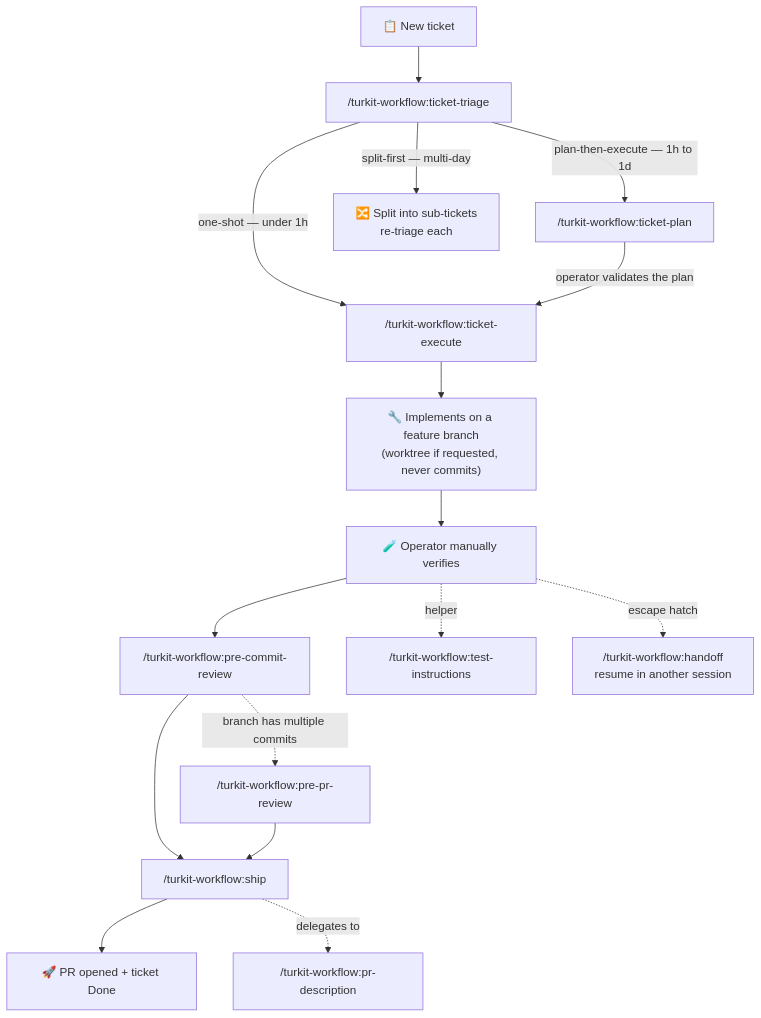
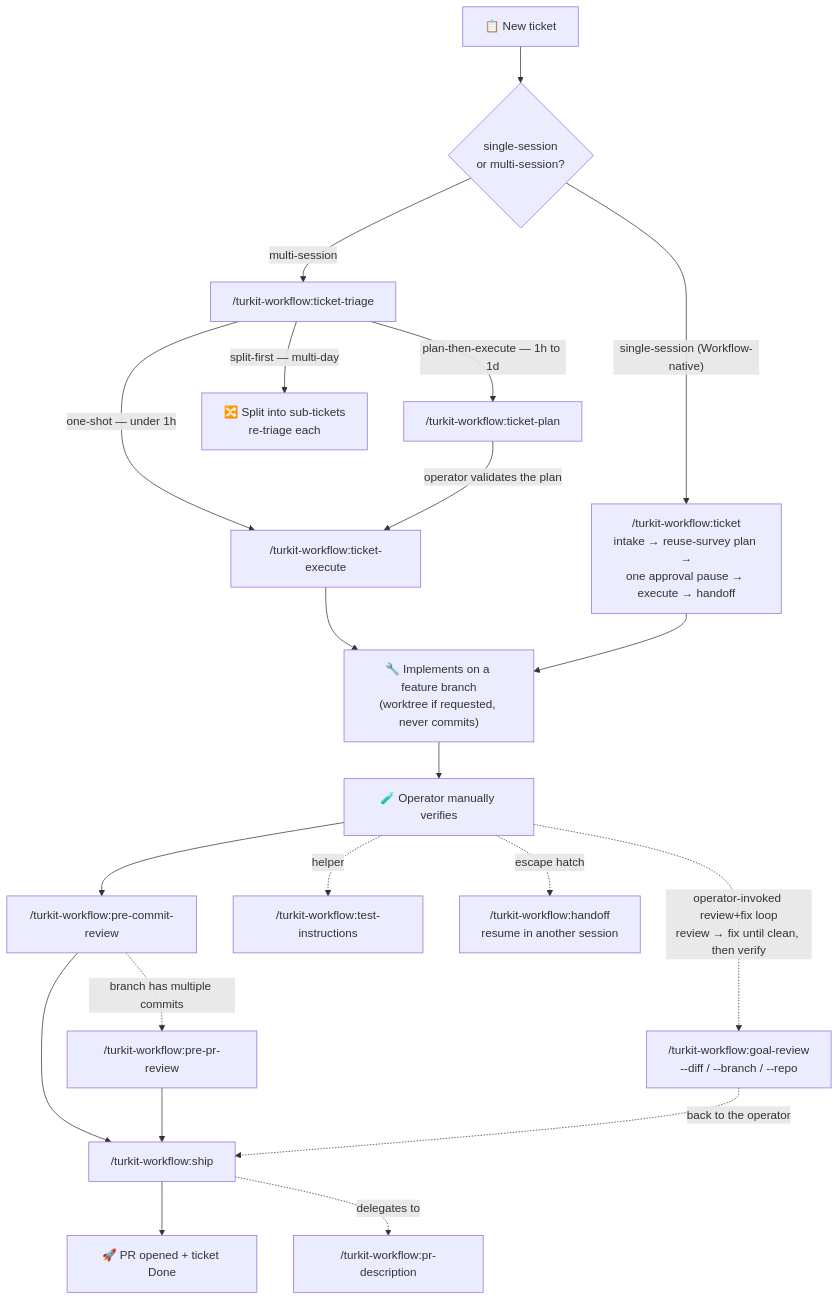
One commit to alimtunc/turkit changed the diagram in README.md. Above: the diagram before and after it, drawn with Mermaid. The commit also changed other lines of this file and 15 other files, not shown here.

First line of the commit message:
feat(workflow): add /ticket + /goal-review single-session orchestrators

````diff
--- a/README.md
+++ b/README.md
@@ -28,22 +28,28 @@
 ```mermaid
 flowchart TD
-    A["📋 New ticket"] --> T["/turkit-workflow:ticket-triage"]
+    A["📋 New ticket"] --> CHOICE{"single-session<br/>or multi-session?"}
+
+    CHOICE -->|"single-session (Workflow-native)"| TK["/turkit-workflow:ticket<br/>intake → reuse-survey plan →<br/>one approval pause → execute → handoff"]
+    CHOICE -->|"multi-session"| T["/turkit-workflow:ticket-triage"]
 
     T -->|"one-shot — under 1h"| E["/turkit-workflow:ticket-execute"]
     T -->|"plan-then-execute — 1h to 1d"| P["/turkit-workflow:ticket-plan"]
     T -->|"split-first — multi-day"| S["🔀 Split into sub-tickets<br/>re-triage each"]
 
     P -->|"operator validates the plan"| E
     E --> W["🔧 Implements on a feature branch<br/>(worktree if requested, never commits)"]
+    TK --> W
     W --> V["🧪 Operator manually verifies"]
 
+    V -. "operator-invoked review+fix loop<br/>review → fix until clean, then verify" .-> GR["/turkit-workflow:goal-review<br/>--diff / --branch / --repo"]
     V --> PCR["/turkit-workflow:pre-commit-review"]
     PCR -. "branch has multiple commits" .-> PPR["/turkit-workflow:pre-pr-review"]
     PCR --> SHIP["/turkit-workflow:ship"]
     PPR --> SHIP
+    GR -. "back to the operator" .-> SHIP
     SHIP --> DONE["🚀 PR opened + ticket Done"]
 
     V -. "helper" .-> TI["/turkit-workflow:test-instructions"]
     SHIP -. "delegates to" .-> PRD["/turkit-workflow:pr-description"]
     V -. "escape hatch" .-> HO["/turkit-workflow:handoff<br/>resume in another session"]
 ```
````
